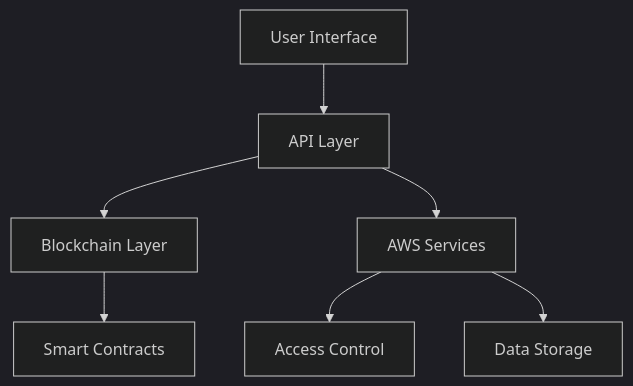
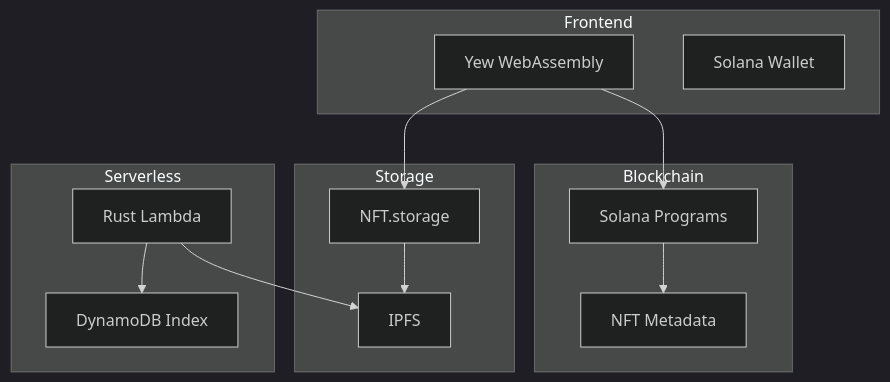
Before and after one commit to DegenVets/f2t: the diagram in README.md, drawn with Mermaid (dark theme). The commit also changed other lines of this file, not shown here.

````diff
--- a/README.md
+++ b/README.md
@@ -93,9 +144,29 @@
 ```mermaid
 graph TB
-    A[User Interface] --> B[API Layer]
-    B --> C[Blockchain Layer]
-    B --> D[AWS Services]
-    C --> E[Smart Contracts]
-    D --> F[Access Control]
-    D --> G[Data Storage]
+    subgraph "Frontend"
+        A[Yew WebAssembly]
+        B[Solana Wallet]
+    end
+    
+    subgraph "Storage"
+        C[NFT.storage]
+        D[IPFS]
+    end
+    
+    subgraph "Blockchain"
+        E[Solana Programs]
+        F[NFT Metadata]
+    end
+    
+    subgraph "Serverless"
+        G[Rust Lambda]
+        H[DynamoDB Index]
+    end
+    
+    A --> C
+    A --> E
+    C --> D
+    E --> F
+    G --> H
+    G --> D
 ```
````
